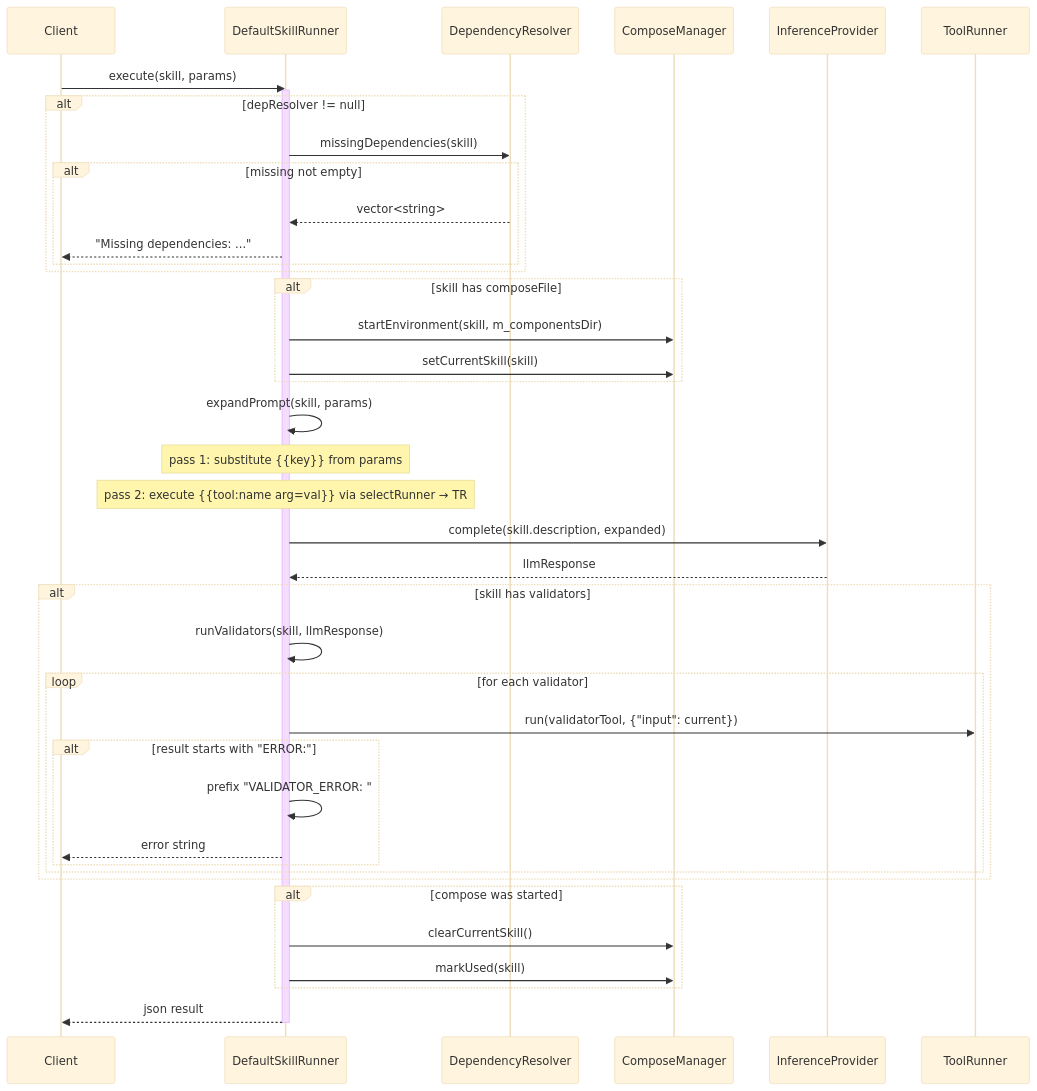
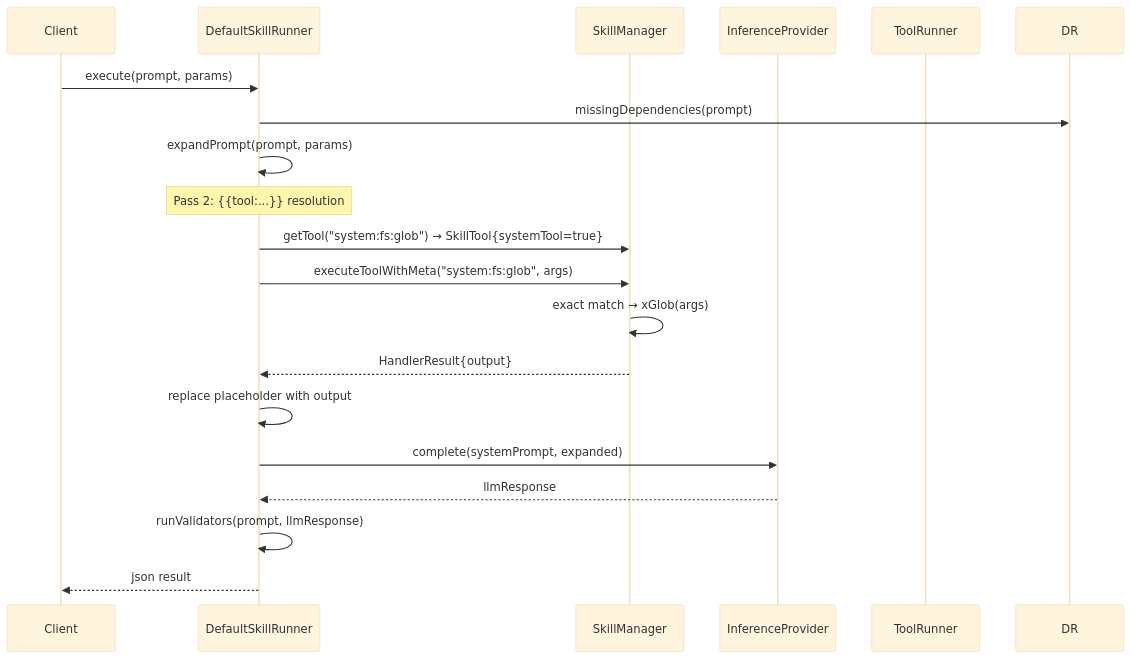
Before and after one commit to opensassi/a0: the second of 2 diagrams in src/skill_runner.spec.md, drawn with Mermaid (base theme). The commit also changed other lines of this file and 42 other files, not shown here.

Commit message:
2026-06-02-skill-manager-unified-dispatch-17894d313ffey2yp6xmKmDGJYm

````diff
--- a/src/skill_runner.spec.md
+++ b/src/skill_runner.spec.md
@@ -108,51 +103,24 @@
 ```mermaid
 sequenceDiagram
     participant Client
     participant DSR as DefaultSkillRunner
-    participant DR as DependencyResolver
-    participant CM as ComposeManager
+    participant SM as SkillManager
     participant IP as InferenceProvider
     participant TR as ToolRunner
 
-    Client->>DSR: execute(skill, params)
-    activate DSR
+    Client->>DSR: execute(prompt, params)
+    DSR->>DR: missingDependencies(prompt)
+    DSR->>DSR: expandPrompt(prompt, params)
 
-    alt depResolver != null
-        DSR->>DR: missingDependencies(skill)
-        alt missing not empty
-            DR-->>DSR: vector<string>
-            DSR-->>Client: "Missing dependencies: ..."
-        end
-    end
+    Note over DSR: Pass 2: {{tool:...}} resolution
+    DSR->>SM: getTool("system:fs:glob") → SkillTool{systemTool=true}
+    DSR->>SM: executeToolWithMeta("system:fs:glob", args)
+    SM->>SM: exact match → xGlob(args)
+    SM-->>DSR: HandlerResult{output}
+    DSR->>DSR: replace placeholder with output
 
-    alt skill has composeFile
-        DSR->>CM: startEnvironment(skill, m_componentsDir)
-        DSR->>CM: setCurrentSkill(skill)
-    end
-
-    DSR->>DSR: expandPrompt(skill, params)
-    Note over DSR: pass 1: substitute {{key}} from params
-    Note over DSR: pass 2: execute {{tool:name arg=val}} via selectRunner → TR
-
-    DSR->>IP: complete(skill.description, expanded)
+    DSR->>IP: complete(systemPrompt, expanded)
     IP-->>DSR: llmResponse
-
-    alt skill has validators
-        DSR->>DSR: runValidators(skill, llmResponse)
-        loop for each validator
-            DSR->>TR: run(validatorTool, {"input": current})
-            alt result starts with "ERROR:"
-                DSR->>DSR: prefix "VALIDATOR_ERROR: "
-                DSR-->>Client: error string
-            end
-        end
-    end
-
-    alt compose was started
-        DSR->>CM: clearCurrentSkill()
-        DSR->>CM: markUsed(skill)
-    end
-
+    DSR->>DSR: runValidators(prompt, llmResponse)
     DSR-->>Client: json result
-    deactivate DSR
 ```
````
